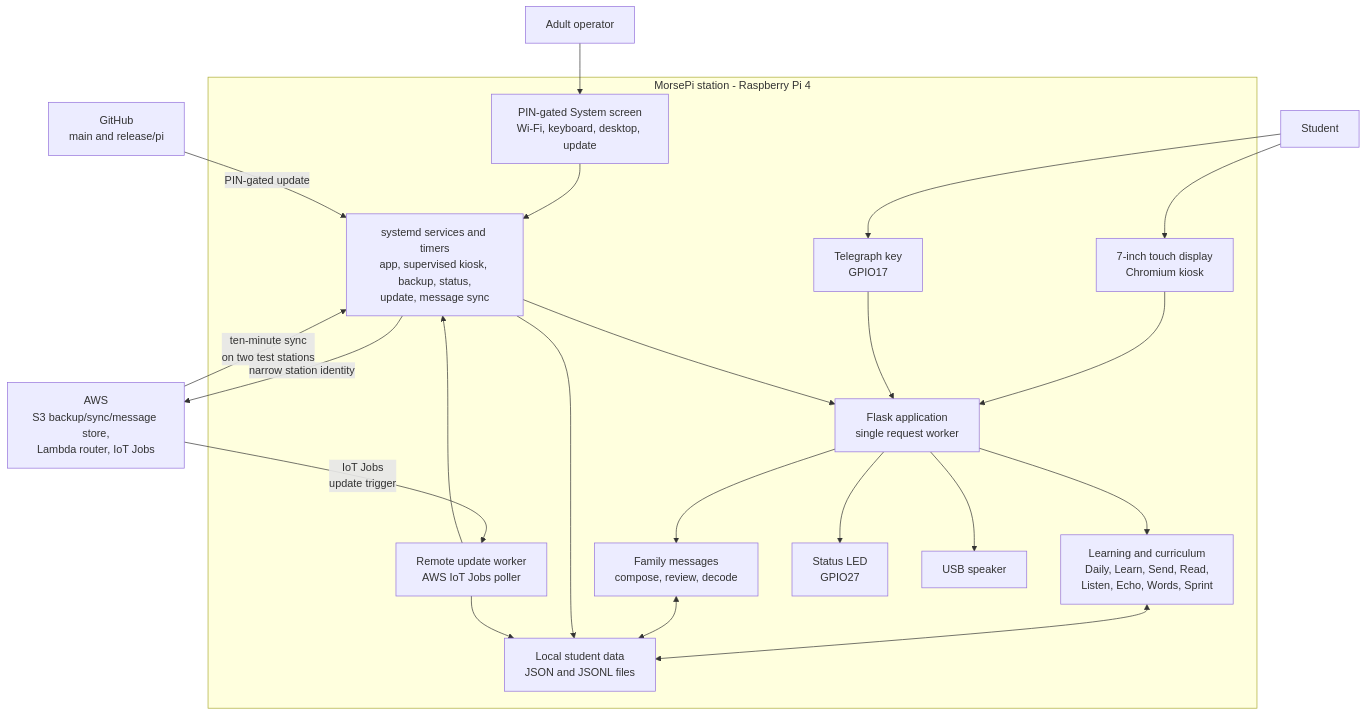
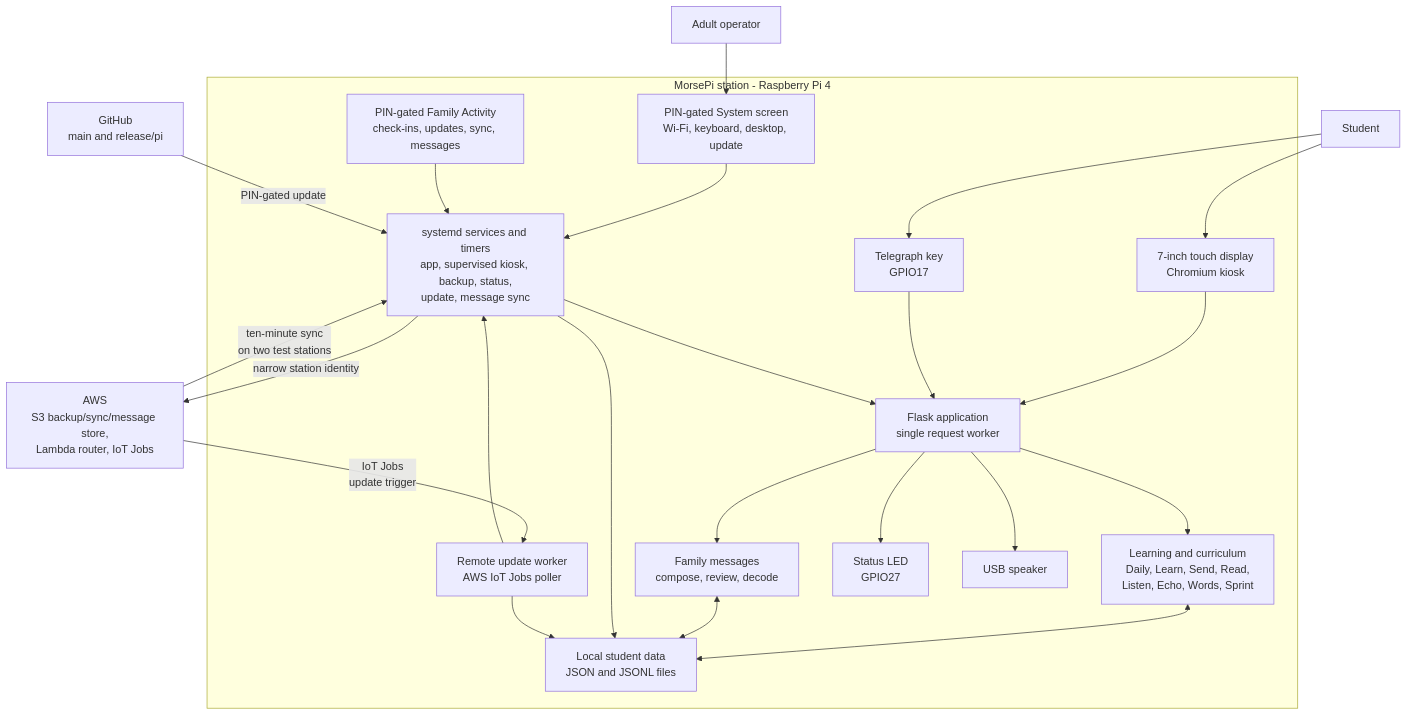
Before and after one commit to luminerdy/morsePi: the first of 2 diagrams in docs/ARCHITECTURE.md, drawn with Mermaid. The commit also changed other lines of this file and 52 other files, not shown here.

Commit message:
Add private family activity history

````diff
--- a/docs/ARCHITECTURE.md
+++ b/docs/ARCHITECTURE.md
@@ -9,45 +9,47 @@
 ```mermaid
 flowchart TB
     Student["Student"]
     Adult["Adult operator"]
 
     subgraph Station["MorsePi station - Raspberry Pi 4"]
         Touch["7-inch touch display<br/>Chromium kiosk"]
         Web["Flask application<br/>single request worker"]
         Learning["Learning and curriculum<br/>Daily, Learn, Send, Read,<br/>Listen, Echo, Words, Sprint"]
         Messages["Family messages<br/>compose, review, decode"]
         Data["Local student data<br/>JSON and JSONL files"]
         Services["systemd services and timers<br/>app, supervised kiosk, backup, status,<br/>update, message sync"]
         RemoteWorker["Remote update worker<br/>AWS IoT Jobs poller"]
         Recovery["PIN-gated System screen<br/>Wi-Fi, keyboard, desktop, update"]
+        Activity["PIN-gated Family Activity<br/>check-ins, updates, sync, messages"]
         Keyer["Telegraph key<br/>GPIO17"]
         LED["Status LED<br/>GPIO27"]
         Speaker["USB speaker"]
 
         Touch --> Web
         Web --> Learning
         Web --> Messages
         Learning <--> Data
         Messages <--> Data
         Keyer --> Web
         Web --> LED
         Web --> Speaker
         Services --> Web
         Services --> Data
         RemoteWorker --> Services
         RemoteWorker --> Data
         Recovery --> Services
+        Activity --> Services
     end
 
     Student --> Touch
     Student --> Keyer
     Adult --> Recovery
 
     GitHub["GitHub<br/>main and release/pi"]
     AWS["AWS<br/>S3 backup/sync/message store,<br/>Lambda router, IoT Jobs"]
 
     GitHub -->|"PIN-gated update"| Services
     Services -->|"narrow station identity"| AWS
     AWS -->|"ten-minute sync<br/>on two test stations"| Services
     AWS -->|"IoT Jobs<br/>update trigger"| RemoteWorker
 ```
````
